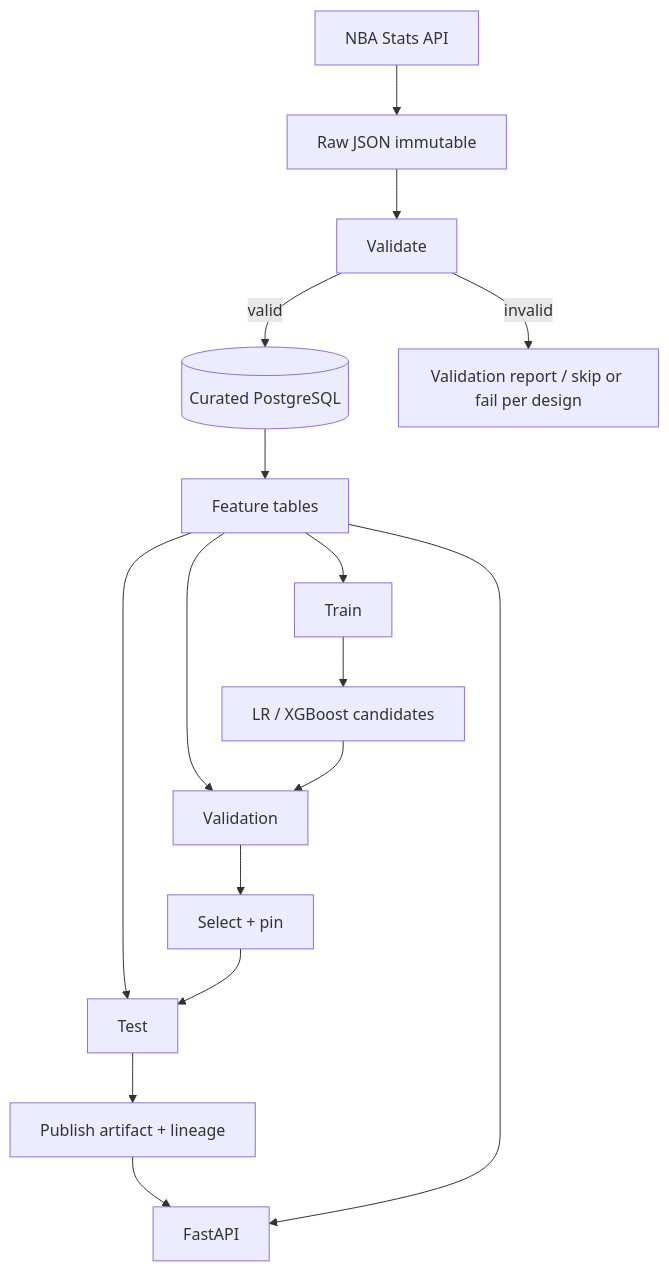
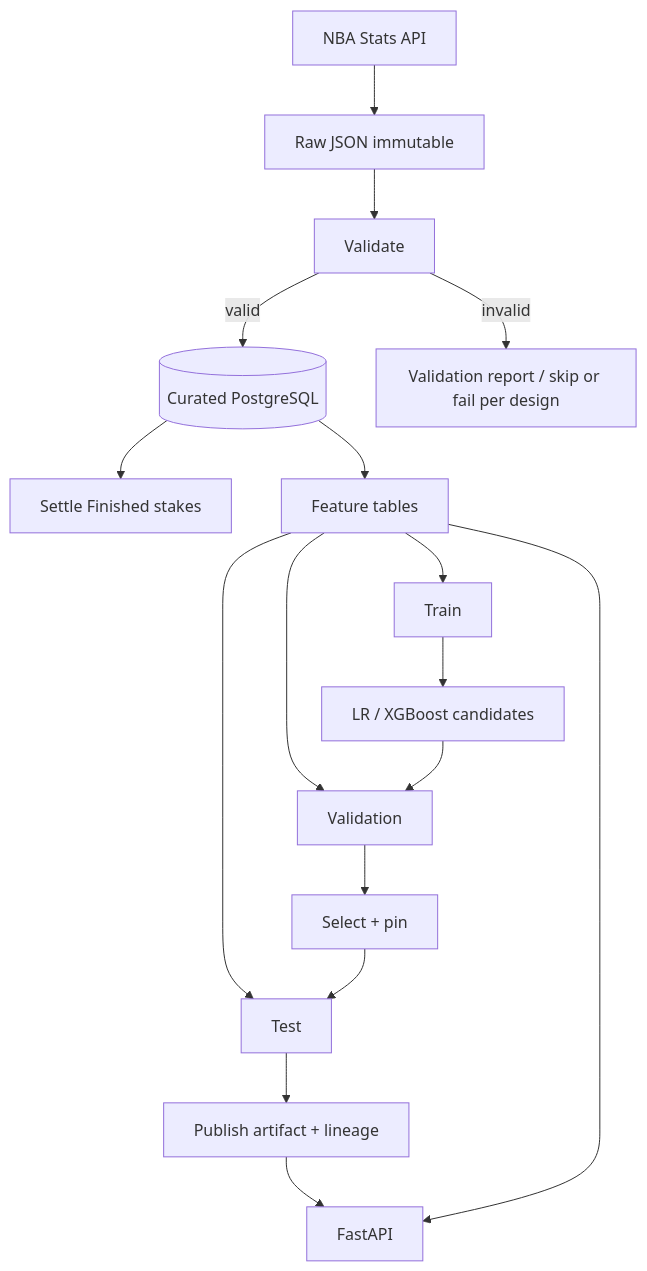
One commit to RoeeHadar/AthletIQ changed the third of 4 diagrams in docs/04-architecture/system-architecture.md. Above: the diagram before and after it, drawn with Mermaid. The commit also changed other lines of this file and 84 other files, not shown here.

````diff
--- a/docs/04-architecture/system-architecture.md
+++ b/docs/04-architecture/system-architecture.md
@@ -96,18 +105,19 @@
 ```mermaid
 flowchart TD
   P[NBA Stats API] --> R[Raw JSON immutable]
   R --> V[Validate]
   V -->|valid| C[(Curated PostgreSQL)]
   V -->|invalid| VR[Validation report / skip or fail per design]
+  C --> Settle[Settle Finished stakes]
   C --> F[Feature tables]
   F --> T[Train]
   F --> Val[Validation]
   F --> Te[Test]
   T --> M[LR / XGBoost candidates]
   M --> Val
   Val --> Sel[Select + pin]
   Sel --> Te
   Te --> Pub[Publish artifact + lineage]
   Pub --> API[FastAPI]
   F --> API
 ```
````
